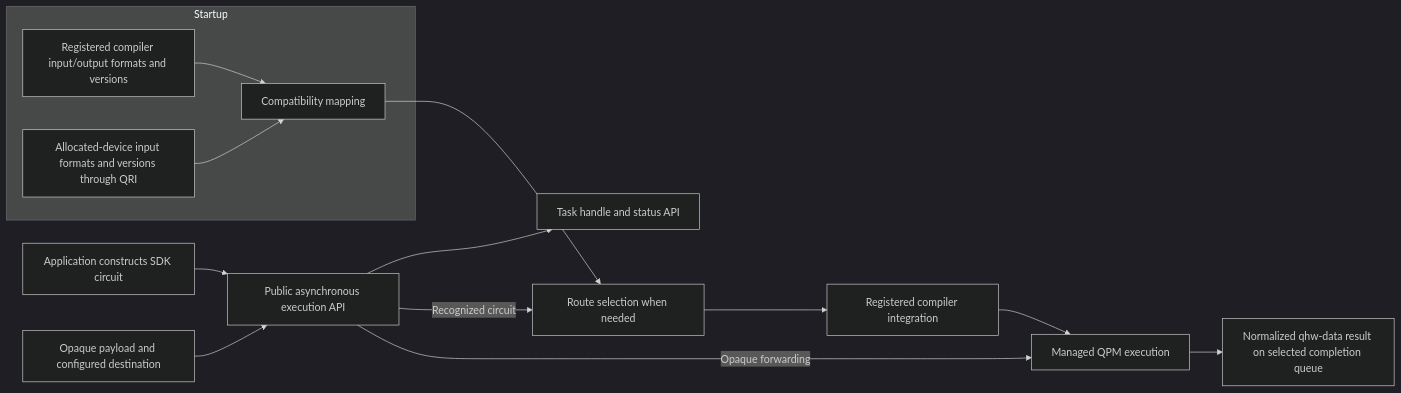
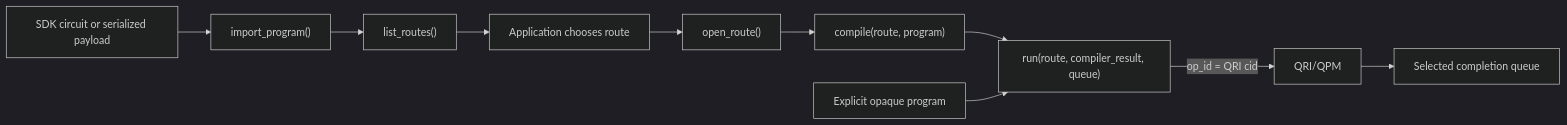
Before and after one commit to openQSE/libquantum: the diagram in docs/requirements.md, drawn with Mermaid (dark theme). The commit also changed other lines of this file and 9 other files, not shown here.

````diff
--- a/docs/requirements.md
+++ b/docs/requirements.md
@@ -41,16 +39,12 @@
 ```mermaid
 flowchart LR
-    subgraph Startup
-        Compilers["Registered compiler input/output formats and versions"] --> Mapping["Compatibility mapping"]
-        Devices["Allocated-device input formats and versions through QRI"] --> Mapping
-    end
-    SDK["Application constructs SDK circuit"] --> Submit["Public asynchronous execution API"]
-    Submit --> Task["Task handle and status API"]
-    Submit -->|Recognized circuit| Select["Route selection when needed"]
-    Mapping --> Select
-    Select --> Compile["Registered compiler integration"]
-    Compile --> QRI["Managed QPM execution"]
-    Blob["Opaque payload and configured destination"] --> Submit
-    Submit -->|Opaque forwarding| QRI
-    QRI --> Result["Normalized qhw-data result on selected completion queue"]
+    SDK["SDK circuit or serialized payload"] --> Import["import_program()"]
+    Import --> Query["list_routes()"]
+    Query --> Choose["Application chooses route"]
+    Choose --> Open["open_route()"]
+    Open --> Compile["compile(route, program)"]
+    Compile --> Run["run(route, compiler_result, queue)"]
+    Blob["Explicit opaque program"] --> Run
+    Run -->|"op_id = QRI cid"| QRI["QRI/QPM"]
+    QRI --> Queue["Selected completion queue"]
 ```
````
